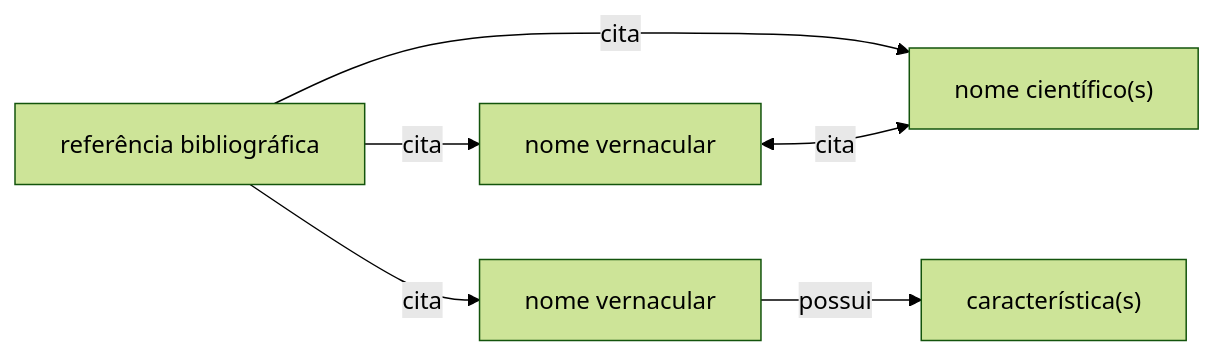
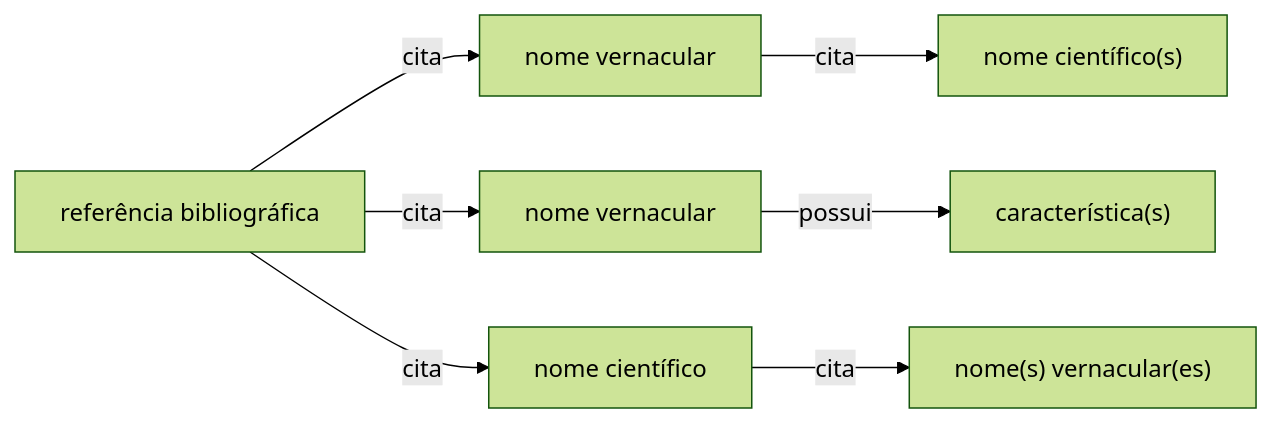
The diagram in README.md (edalcin/Estrutura-de-Dados-Etnobotanicos), drawn with Mermaid (forest theme) before and after one commit.

````diff
--- a/README.md
+++ b/README.md
@@ -9,8 +9,9 @@
 ```mermaid
 flowchart LR
     1[referência bibliográfica] --cita--> A
     1 --cita--> C
-    1 --cita--> B
-    A[nome vernacular] <-- cita --> B["nome científico(s)"]
+    1 --cita--> E
+    E[nome científico] -- cita --> F["nome(s) vernacular(es)"]
+    A[nome vernacular] -- cita --> B["nome científico(s)"]
     C[nome vernacular] -- possui --> D["característica(s)"]
 ```
````
